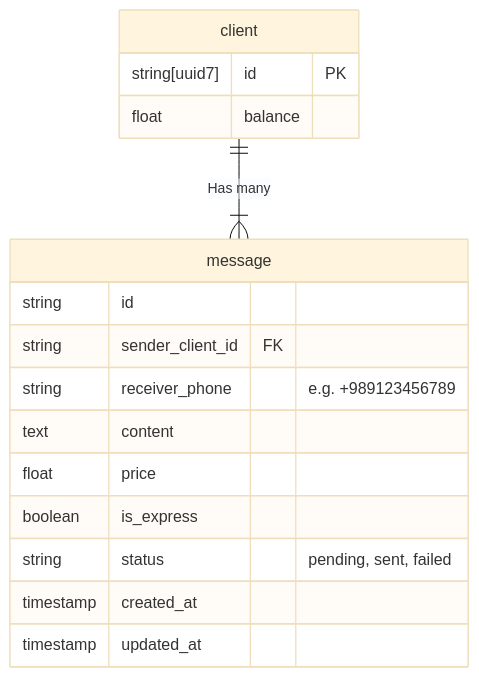
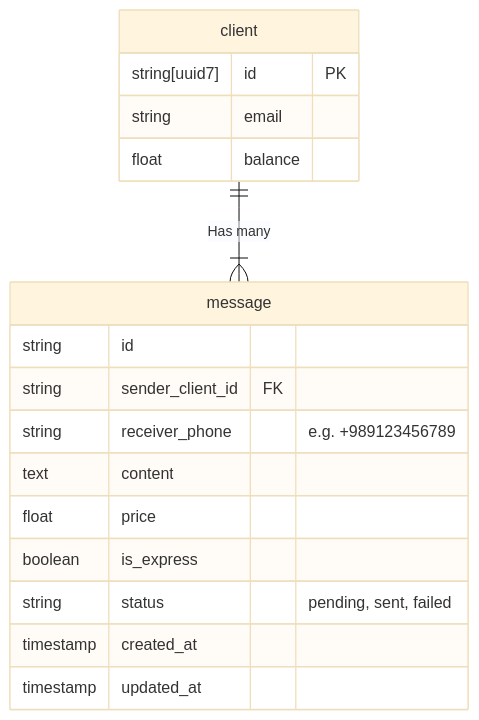
The diagram in docs/entities.md (kadsin/sms-gateway), drawn with Mermaid (base theme) before and after one commit. The commit also changed 27 other files, not shown here.

````diff
--- a/docs/entities.md
+++ b/docs/entities.md
@@ -1,19 +1,20 @@
 ```mermaid
 erDiagram
     client {
         string[uuid7] id PK
+        string email
         float balance
     }
     message {
         string id
         string sender_client_id FK
         string receiver_phone "e.g. +989123456789"
         text content
         float price
         boolean is_express
         string status "pending, sent, failed"
 		timestamp created_at
 		timestamp updated_at
     }
 	client 1 to 1+ message : "Has many"
 ```
````
